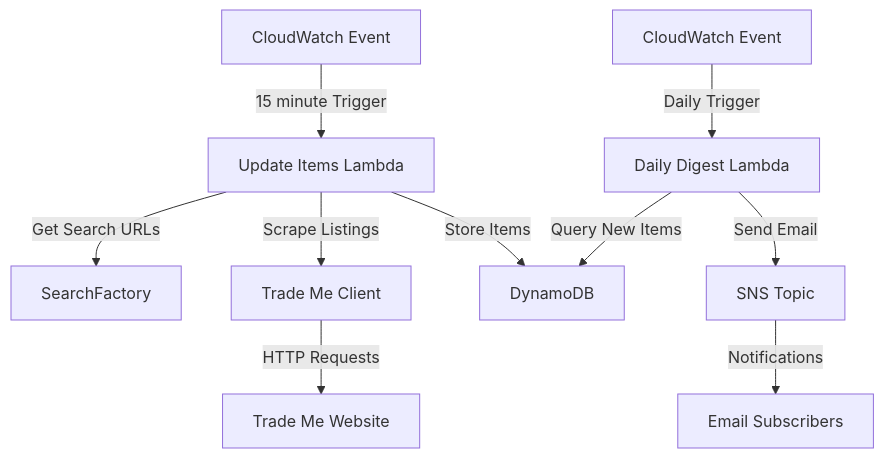
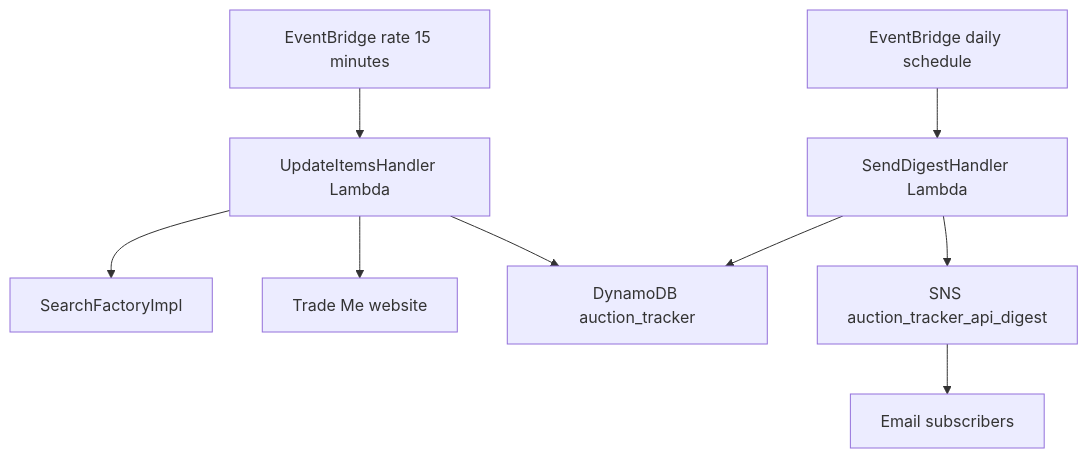
The first of 2 diagrams in auction_tracker_api/README.md (jordansimsmith/jordansimsmith-com), drawn with Mermaid before and after one commit. The commit also changed other lines of this file and 9 other files, not shown here.

````diff
--- a/auction_tracker_api/README.md
+++ b/auction_tracker_api/README.md
@@ -7,13 +35,11 @@
 ```mermaid
-graph TD
-  A[CloudWatch Event] -->|15 minute Trigger| B[Update Items Lambda]
-  B -->|Get Search URLs| C[SearchFactory]
-  B -->|Scrape Listings| D[Trade Me Client]
-  D -->|HTTP Requests| E[Trade Me Website]
-  B -->|Store Items| F[DynamoDB]
-
-  G[CloudWatch Event] -->|Daily Trigger| H[Daily Digest Lambda]
-  H -->|Query New Items| F
-  H -->|Send Email| I[SNS Topic]
-  I -->|Notifications| J[Email Subscribers]
+flowchart TD
+  updateSchedule[EventBridge rate 15 minutes] --> updateHandler[UpdateItemsHandler Lambda]
+  updateHandler --> searchFactory[SearchFactoryImpl]
+  updateHandler --> tradeMe[Trade Me website]
+  updateHandler --> auctionTable[DynamoDB auction_tracker]
+  digestSchedule[EventBridge daily schedule] --> digestHandler[SendDigestHandler Lambda]
+  digestHandler --> auctionTable
+  digestHandler --> digestTopic[SNS auction_tracker_api_digest]
+  digestTopic --> subscribers[Email subscribers]
 ```
````
